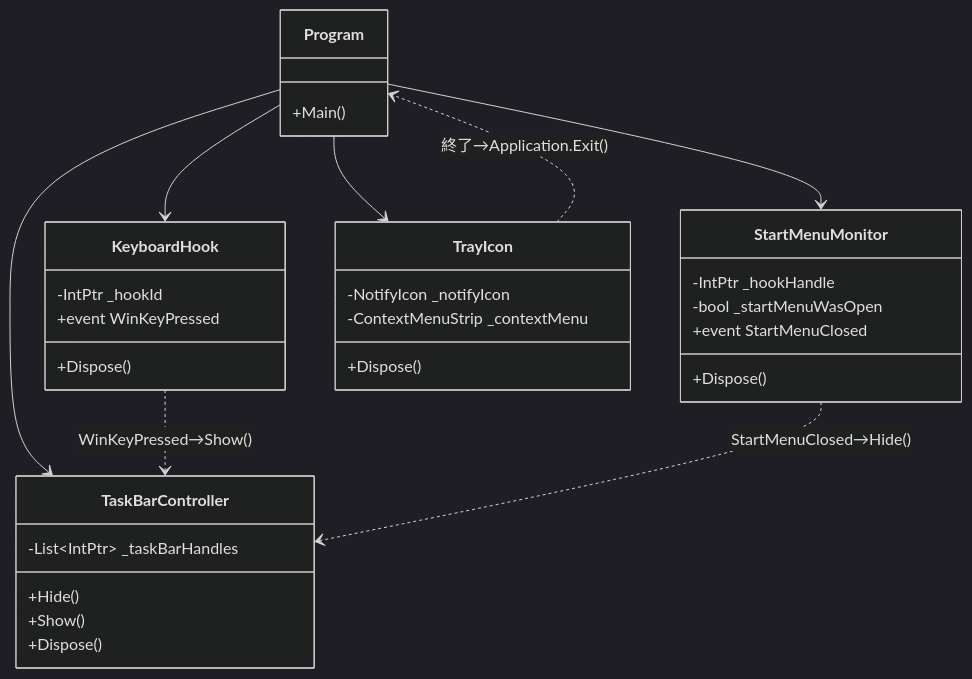
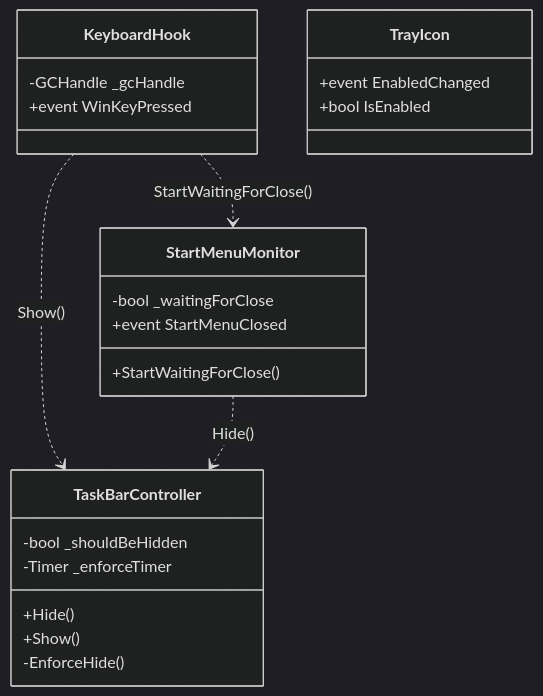
One commit to ycookiey/HideTaskBar-temp changed the fourth of 4 diagrams in docs/architecture.md. Above: the diagram before and after it, drawn with Mermaid (dark theme). The commit also changed other lines of this file, not shown here.

Commit message:
docs: アーキテクチャ図を複合方式に更新

````diff
--- a/docs/architecture.md
+++ b/docs/architecture.md
@@ -73,41 +89,30 @@
 ```mermaid
 classDiagram
-    class Program {
-        +Main()
-    }
-
     class TaskBarController {
-        -List~IntPtr~ _taskBarHandles
+        -bool _shouldBeHidden
+        -Timer _enforceTimer
         +Hide()
         +Show()
-        +Dispose()
+        -EnforceHide()
     }
 
     class KeyboardHook {
-        -IntPtr _hookId
+        -GCHandle _gcHandle
         +event WinKeyPressed
-        +Dispose()
     }
 
     class StartMenuMonitor {
-        -IntPtr _hookHandle
-        -bool _startMenuWasOpen
+        -bool _waitingForClose
+        +StartWaitingForClose()
         +event StartMenuClosed
-        +Dispose()
     }
 
     class TrayIcon {
-        -NotifyIcon _notifyIcon
-        -ContextMenuStrip _contextMenu
-        +Dispose()
+        +event EnabledChanged
+        +bool IsEnabled
     }
 
-    Program --> TaskBarController
-    Program --> KeyboardHook
-    Program --> StartMenuMonitor
-    Program --> TrayIcon
-
-    KeyboardHook ..> TaskBarController : WinKeyPressed→Show()
-    StartMenuMonitor ..> TaskBarController : StartMenuClosed→Hide()
-    TrayIcon ..> Program : 終了→Application.Exit()
+    KeyboardHook ..> TaskBarController : Show()
+    KeyboardHook ..> StartMenuMonitor : StartWaitingForClose()
+    StartMenuMonitor ..> TaskBarController : Hide()
 ```
````
